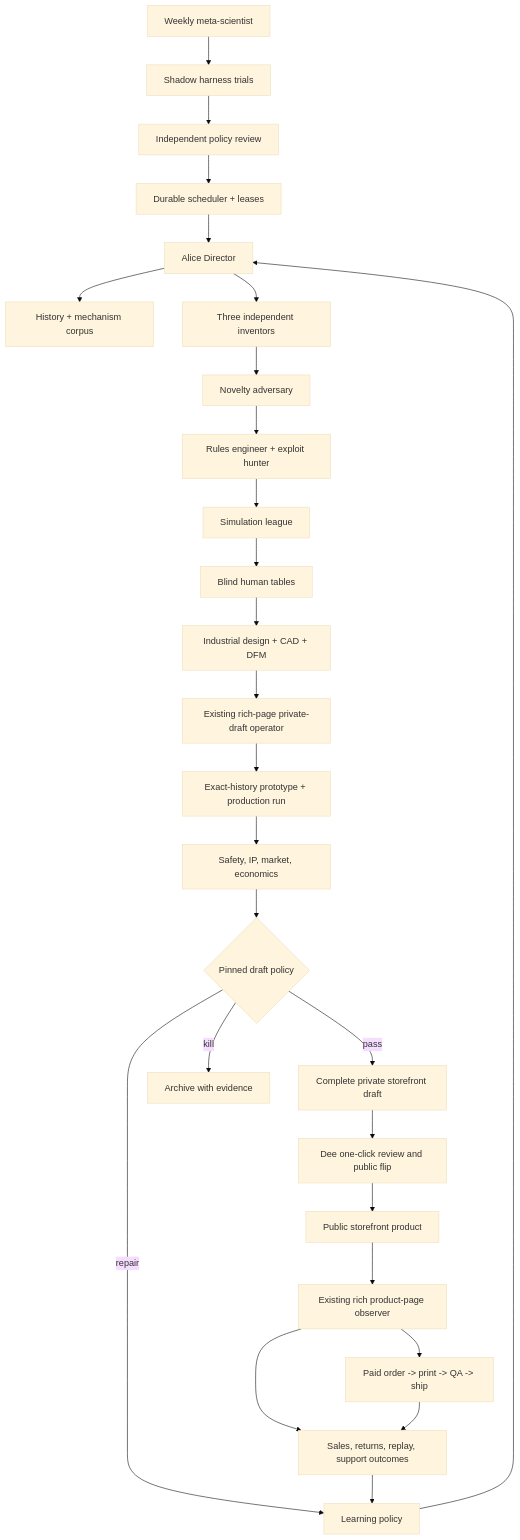
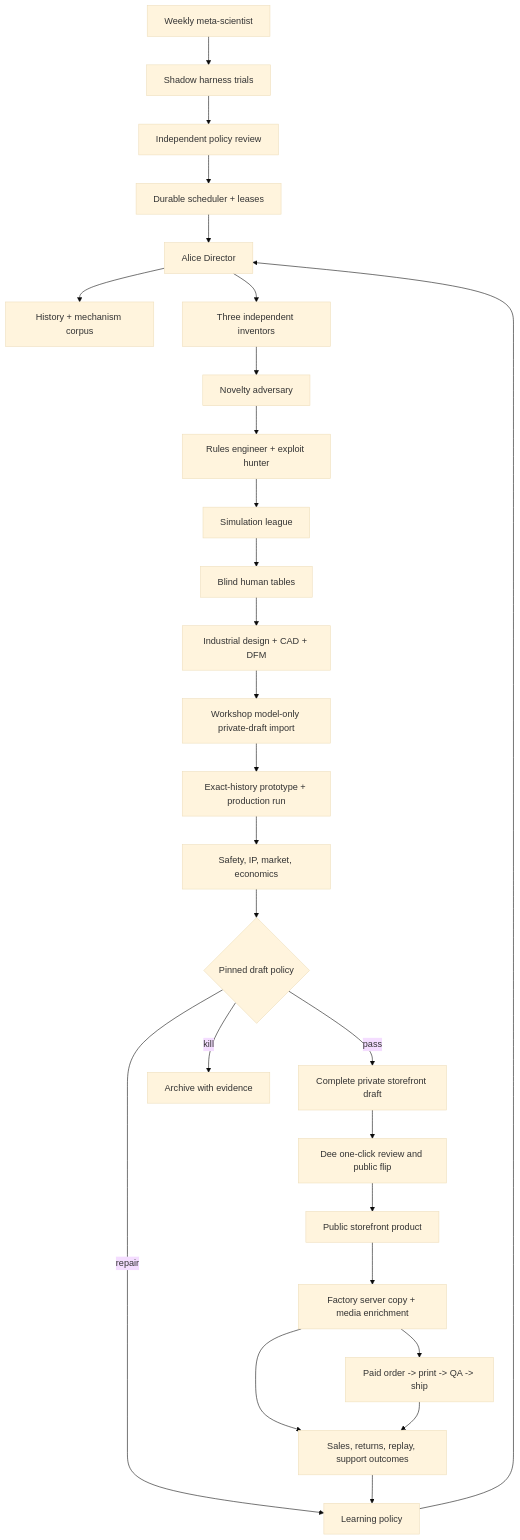
The diagram in inventors/alice/ARCHITECTURE.md (autonomous-ai/autonomous-workshop), drawn with Mermaid (base theme) before and after one commit. The commit also changed other lines of this file and 200 other files, not shown here.

Commit message:
Let Factory own product stories and media

````diff
--- a/inventors/alice/ARCHITECTURE.md
+++ b/inventors/alice/ARCHITECTURE.md
@@ -40,29 +40,29 @@
 ```mermaid
 flowchart TD
   S["Durable scheduler + leases"] --> D["Alice Director"]
   D --> H["History + mechanism corpus"]
   D --> I["Three independent inventors"]
   I --> N["Novelty adversary"]
   N --> R["Rules engineer + exploit hunter"]
   R --> P["Simulation league"]
   P --> U["Blind human tables"]
   U --> C["Industrial design + CAD + DFM"]
-  C --> V["Existing rich-page private-draft operator"]
+  C --> V["Workshop model-only private-draft import"]
   V --> P2["Exact-history prototype + production run"]
   P2 --> M["Safety, IP, market, economics"]
   M --> G{"Pinned draft policy"}
   G -->|pass| DRAFT["Complete private storefront draft"]
   DRAFT --> REVIEW["Dee one-click review and public flip"]
   REVIEW --> F["Public storefront product"]
-  F --> W["Existing rich product-page observer"]
+  F --> W["Factory server copy + media enrichment"]
   G -->|repair| L["Learning policy"]
   G -->|kill| A["Archive with evidence"]
   W --> O["Sales, returns, replay, support outcomes"]
   W --> Q["Paid order -> print -> QA -> ship"]
   Q --> O
   O --> L
   L --> D
   X["Weekly meta-scientist"] --> Y["Shadow harness trials"]
   Y --> Z["Independent policy review"]
   Z --> S
 ```
````
